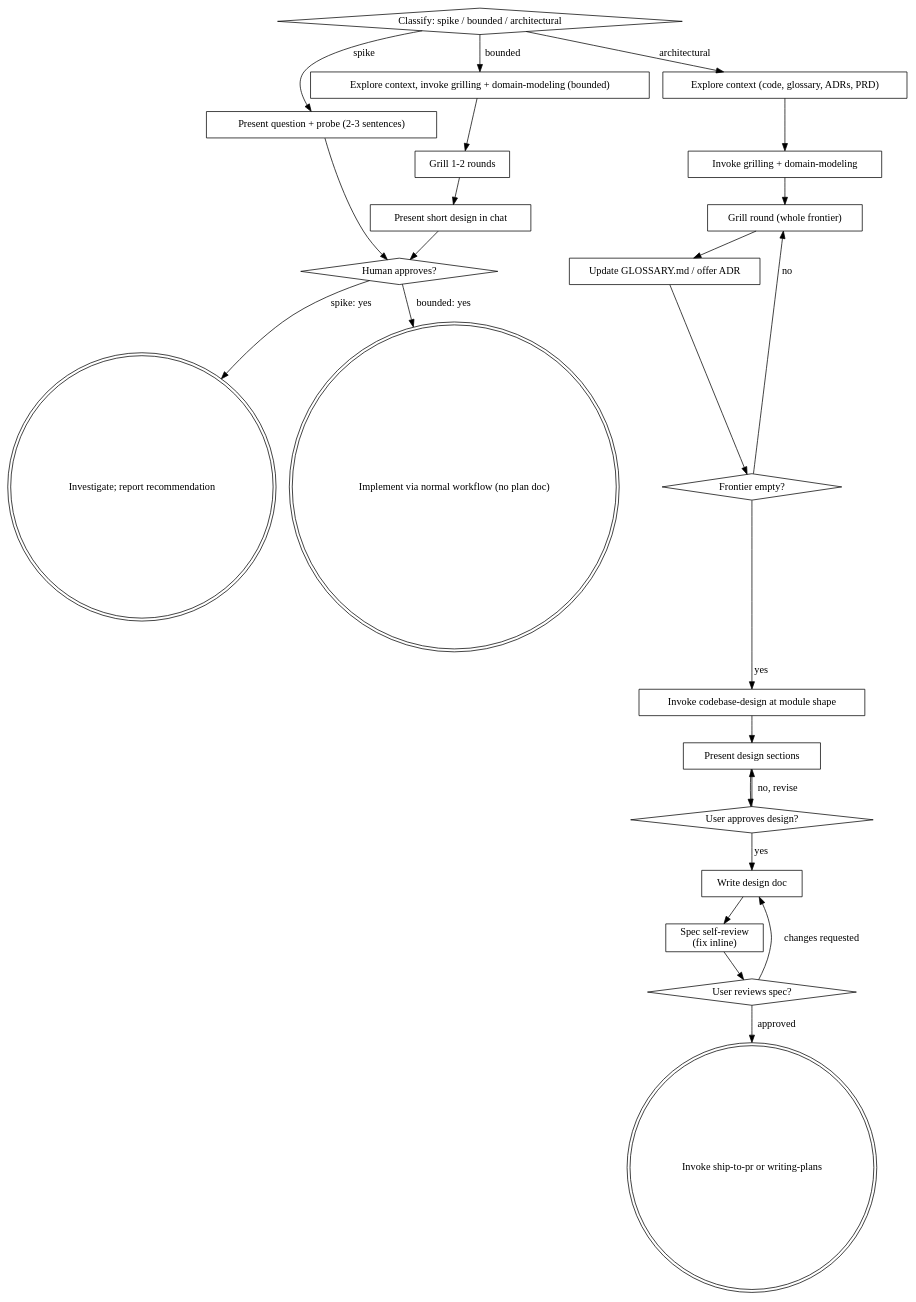
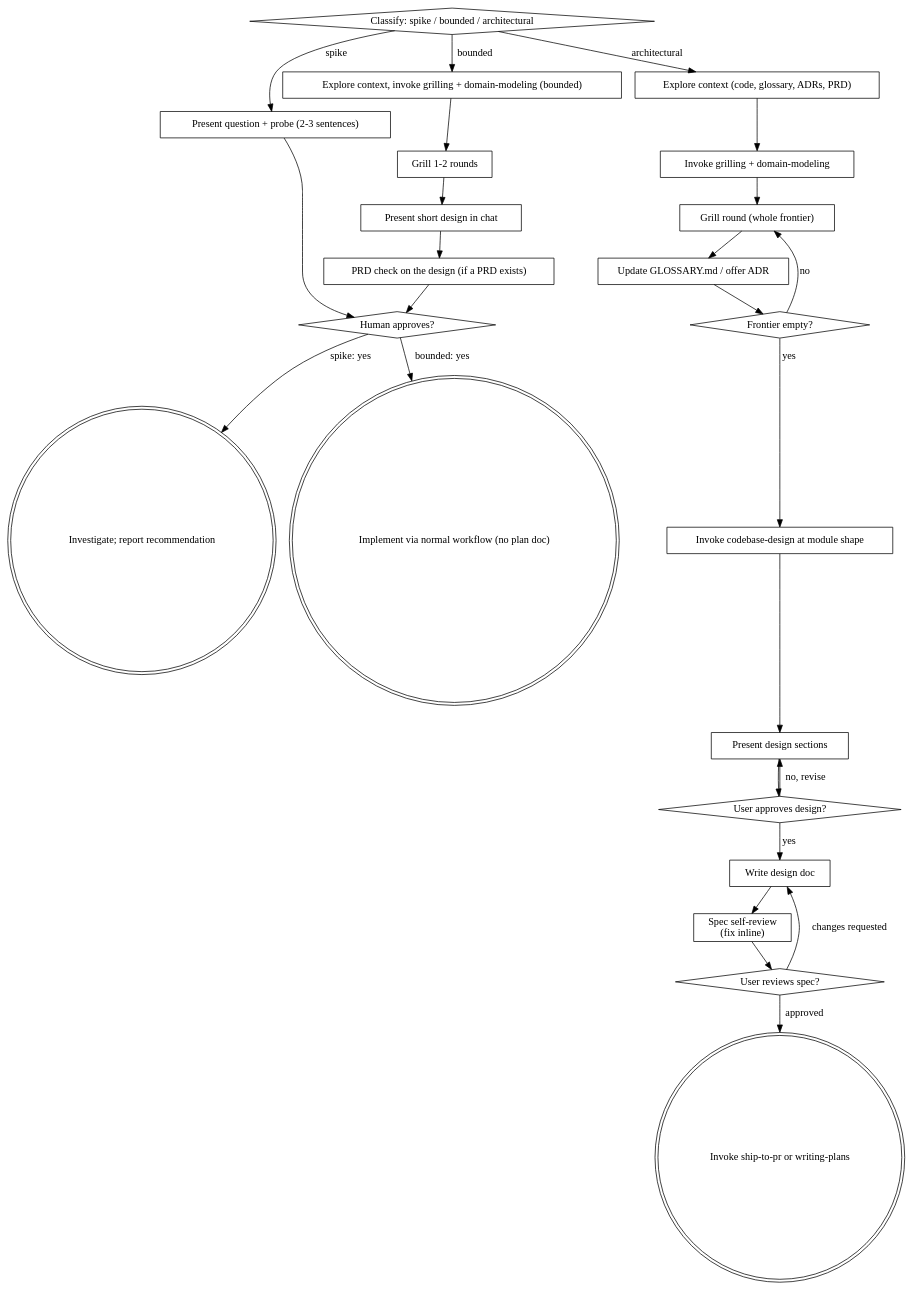
One commit to marcusleg/mad-poco-powers changed the diagram in skills/brainstorming-with-docs/SKILL.md. Above: the diagram before and after it, drawn with Graphviz. The commit also changed 1 other file, not shown here.

Commit message:
Address second review findings
- ship-to-pr: invoking it answers using-git-worktrees' consent question,
  with a git switch -c fallback and never implementing on the base branch;
  name finishing's base-branch confirmation as a legitimate stop; add a
  path for finished work sitting on the base branch; commit spec, plan
  and PRD amendments before the worktree is created
- brainstorming-with-docs: bounded diagram shows the PRD check before
  approval

````diff
--- a/skills/brainstorming-with-docs/SKILL.md
+++ b/skills/brainstorming-with-docs/SKILL.md
@@ -226,48 +226,50 @@
 ```dot
 digraph brainstorming_with_docs {
     "Classify: spike / bounded / architectural" [shape=diamond];
     "Present question + probe (2-3 sentences)" [shape=box];
     "Explore context, invoke grilling + domain-modeling (bounded)" [shape=box];
     "Grill 1-2 rounds" [shape=box];
     "Present short design in chat" [shape=box];
+    "PRD check on the design (if a PRD exists)" [shape=box];
     "Human approves?" [shape=diamond];
     "Investigate; report recommendation" [shape=doublecircle];
     "Implement via normal workflow (no plan doc)" [shape=doublecircle];
     "Explore context (code, glossary, ADRs, PRD)" [shape=box];
     "Invoke grilling + domain-modeling" [shape=box];
     "Grill round (whole frontier)" [shape=box];
     "Frontier empty?" [shape=diamond];
     "Update GLOSSARY.md / offer ADR" [shape=box];
     "Invoke codebase-design at module shape" [shape=box];
     "Present design sections" [shape=box];
     "User approves design?" [shape=diamond];
     "Write design doc" [shape=box];
     "Spec self-review\n(fix inline)" [shape=box];
     "User reviews spec?" [shape=diamond];
     "Invoke ship-to-pr or writing-plans" [shape=doublecircle];
 
     "Classify: spike / bounded / architectural" -> "Present question + probe (2-3 sentences)" [label="spike"];
     "Classify: spike / bounded / architectural" -> "Explore context, invoke grilling + domain-modeling (bounded)" [label="bounded"];
     "Classify: spike / bounded / architectural" -> "Explore context (code, glossary, ADRs, PRD)" [label="architectural"];
     "Present question + probe (2-3 sentences)" -> "Human approves?";
     "Explore context, invoke grilling + domain-modeling (bounded)" -> "Grill 1-2 rounds";
     "Grill 1-2 rounds" -> "Present short design in chat";
-    "Present short design in chat" -> "Human approves?";
+    "Present short design in chat" -> "PRD check on the design (if a PRD exists)";
+    "PRD check on the design (if a PRD exists)" -> "Human approves?";
     "Human approves?" -> "Investigate; report recommendation" [label="spike: yes"];
     "Human approves?" -> "Implement via normal workflow (no plan doc)" [label="bounded: yes"];
     "Explore context (code, glossary, ADRs, PRD)" -> "Invoke grilling + domain-modeling";
     "Invoke grilling + domain-modeling" -> "Grill round (whole frontier)";
     "Grill round (whole frontier)" -> "Update GLOSSARY.md / offer ADR";
     "Update GLOSSARY.md / offer ADR" -> "Frontier empty?";
     "Frontier empty?" -> "Grill round (whole frontier)" [label="no"];
     "Frontier empty?" -> "Invoke codebase-design at module shape" [label="yes"];
     "Invoke codebase-design at module shape" -> "Present design sections";
     "Present design sections" -> "User approves design?";
     "User approves design?" -> "Present design sections" [label="no, revise"];
     "User approves design?" -> "Write design doc" [label="yes"];
     "Write design doc" -> "Spec self-review\n(fix inline)";
     "Spec self-review\n(fix inline)" -> "User reviews spec?";
     "User reviews spec?" -> "Write design doc" [label="changes requested"];
     "User reviews spec?" -> "Invoke ship-to-pr or writing-plans" [label="approved"];
 }
 ```
````
